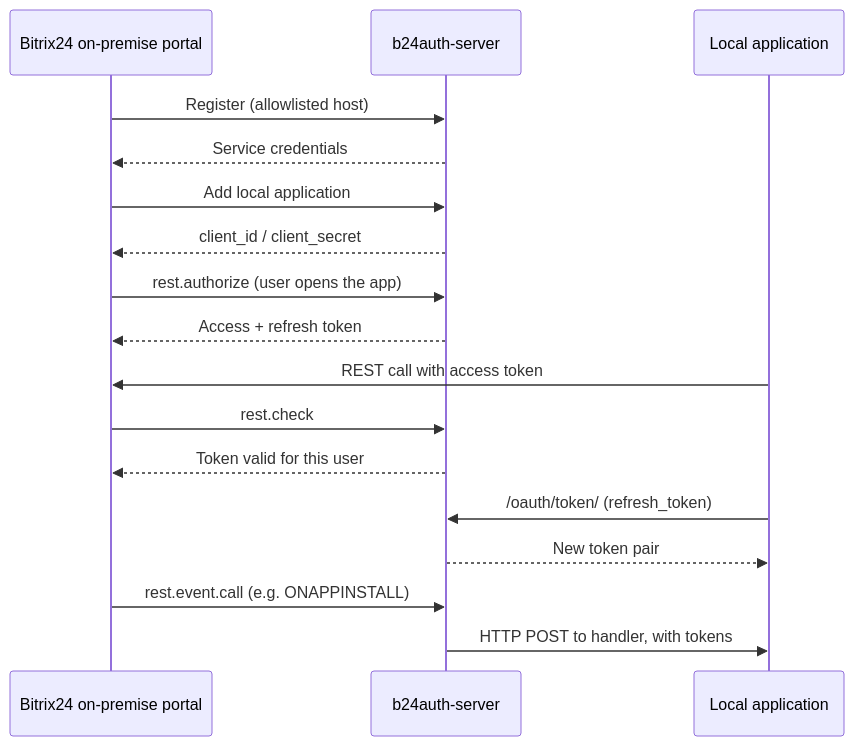
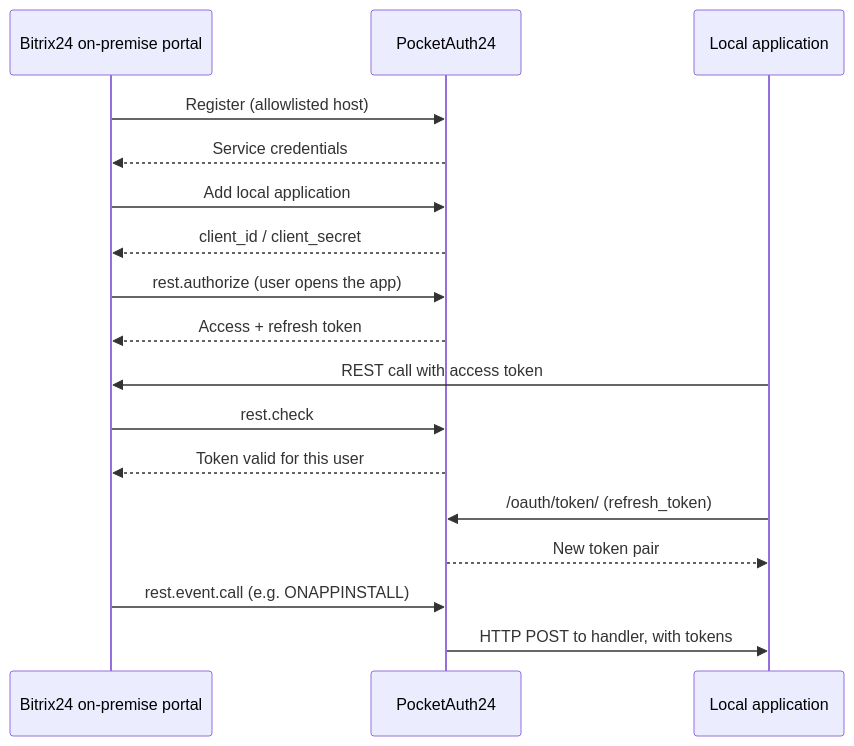
Before and after one commit to serg-vostrikov-bitrix/pocketauth24: the diagram in README.de.md, drawn with Mermaid. The commit also changed other lines of this file and 16 other files, not shown here.

First line of the commit message:
chore: rename the project to PocketAuth24

````diff
--- a/README.de.md
+++ b/README.de.md
@@ -60,19 +60,19 @@
 ```mermaid
 sequenceDiagram
     participant P as Bitrix24 on-premise portal
-    participant S as b24auth-server
+    participant S as PocketAuth24
     participant A as Local application
     P->>S: Register (allowlisted host)
     S-->>P: Service credentials
     P->>S: Add local application
     S-->>P: client_id / client_secret
     P->>S: rest.authorize (user opens the app)
     S-->>P: Access + refresh token
     A->>P: REST call with access token
     P->>S: rest.check
     S-->>P: Token valid for this user
     A->>S: /oauth/token/ (refresh_token)
     S-->>A: New token pair
     P->>S: rest.event.call (e.g. ONAPPINSTALL)
     S->>A: HTTP POST to handler, with tokens
 ```
````
